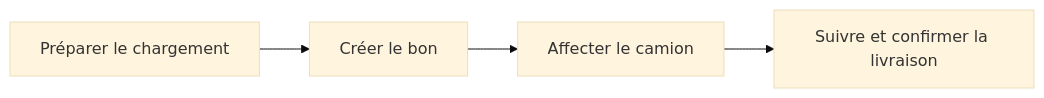
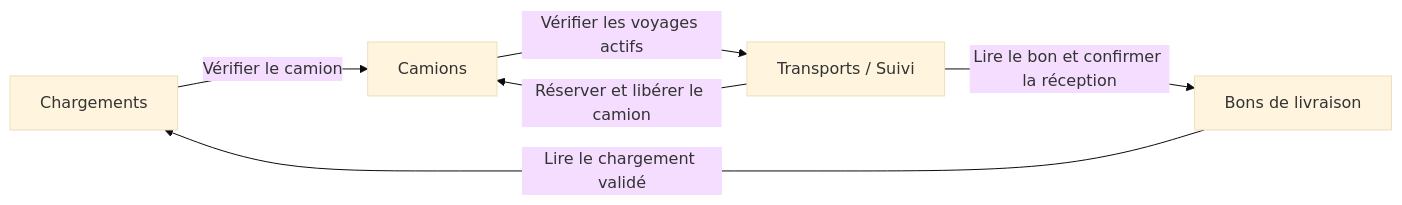
The diagram in README.md (UssamaRei/transport-marchandises-ws), drawn with Mermaid (base theme) before and after one commit. The commit also changed other lines of this file and 73 other files, not shown here.

````diff
--- a/README.md
+++ b/README.md
@@ -18,6 +23,8 @@
 ```mermaid
 flowchart LR
-    C[Préparer le chargement] --> B[Créer le bon]
-    B --> A[Affecter le camion]
-    A --> T[Suivre et confirmer la livraison]
+    C[Chargements] -->|Vérifier le camion| F[Camions]
+    B[Bons de livraison] -->|Lire le chargement validé| C
+    T[Transports / Suivi] -->|Lire le bon et confirmer la réception| B
+    T -->|Réserver et libérer le camion| F
+    F -->|Vérifier les voyages actifs| T
 ```
````
